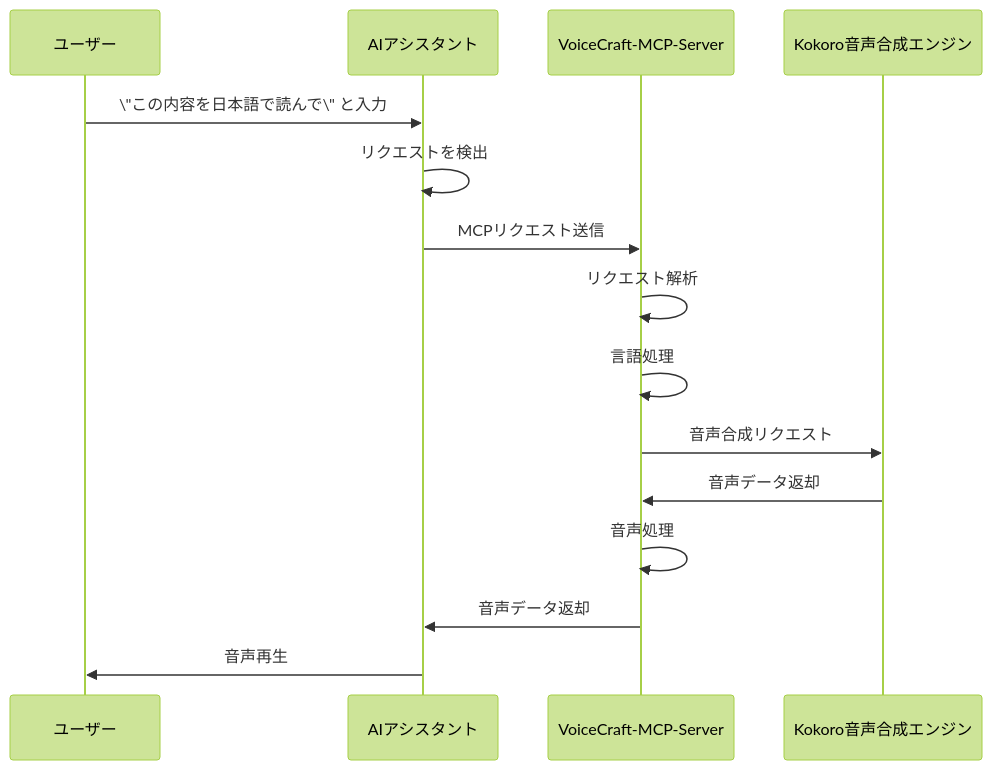
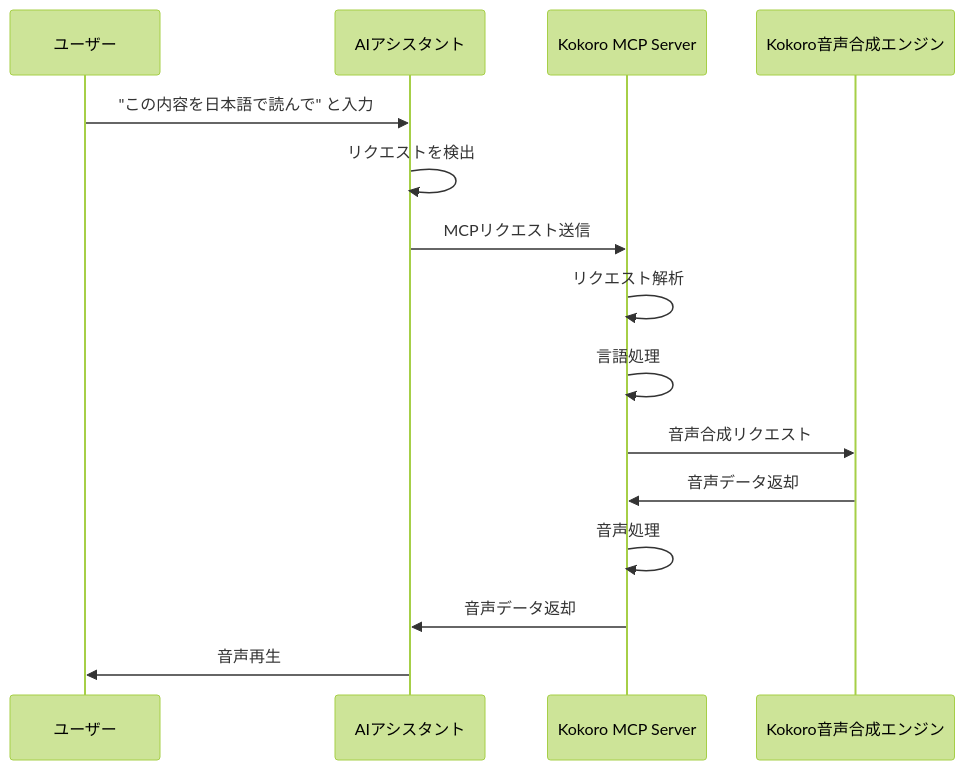
The second of 4 diagrams in docs/ARCHITECTURE.md (NewAITees/Kokoro-MCP-Server), drawn with Mermaid (forest theme) before and after one commit. The commit also changed other lines of this file and 10 other files, not shown here.

````diff
--- a/docs/ARCHITECTURE.md
+++ b/docs/ARCHITECTURE.md
@@ -232,18 +121,18 @@
 ```mermaid
 sequenceDiagram
     participant User as ユーザー
     participant AI as AIアシスタント
-    participant Server as VoiceCraft-MCP-Server
-    participant Kokoro as Kokoro音声合成エンジン
+    participant Server as Kokoro MCP Server
+    participant TTS as Kokoro音声合成エンジン
     
-    User->>AI: \"この内容を日本語で読んで\" と入力
+    User->>AI: "この内容を日本語で読んで" と入力
     AI->>AI: リクエストを検出
     AI->>Server: MCPリクエスト送信
     Server->>Server: リクエスト解析
     Server->>Server: 言語処理
-    Server->>Kokoro: 音声合成リクエスト
-    Kokoro->>Server: 音声データ返却
+    Server->>TTS: 音声合成リクエスト
+    TTS->>Server: 音声データ返却
     Server->>Server: 音声処理
     Server->>AI: 音声データ返却
     AI->>User: 音声再生
 ```
````
